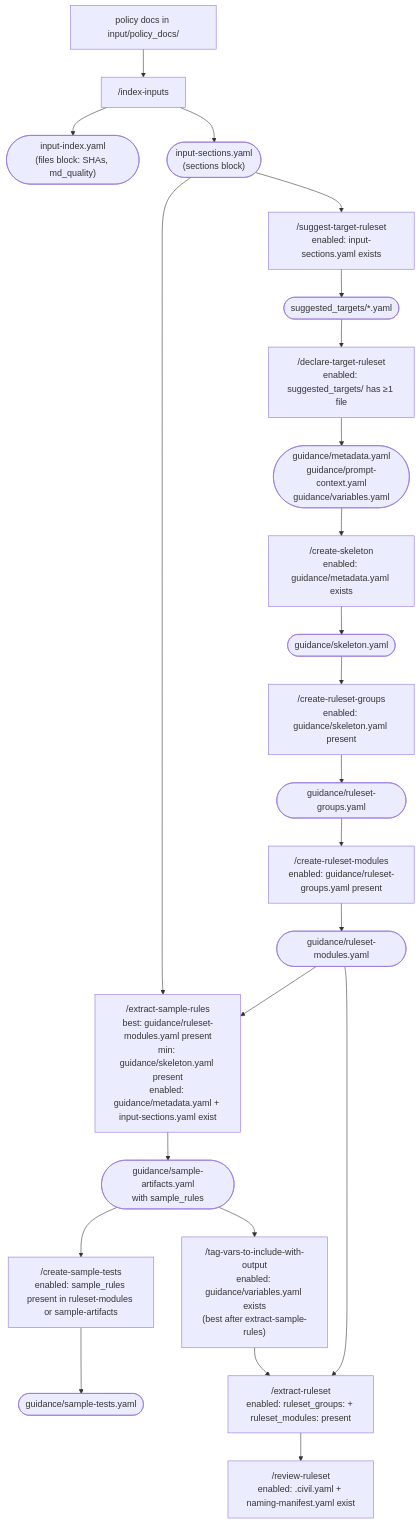
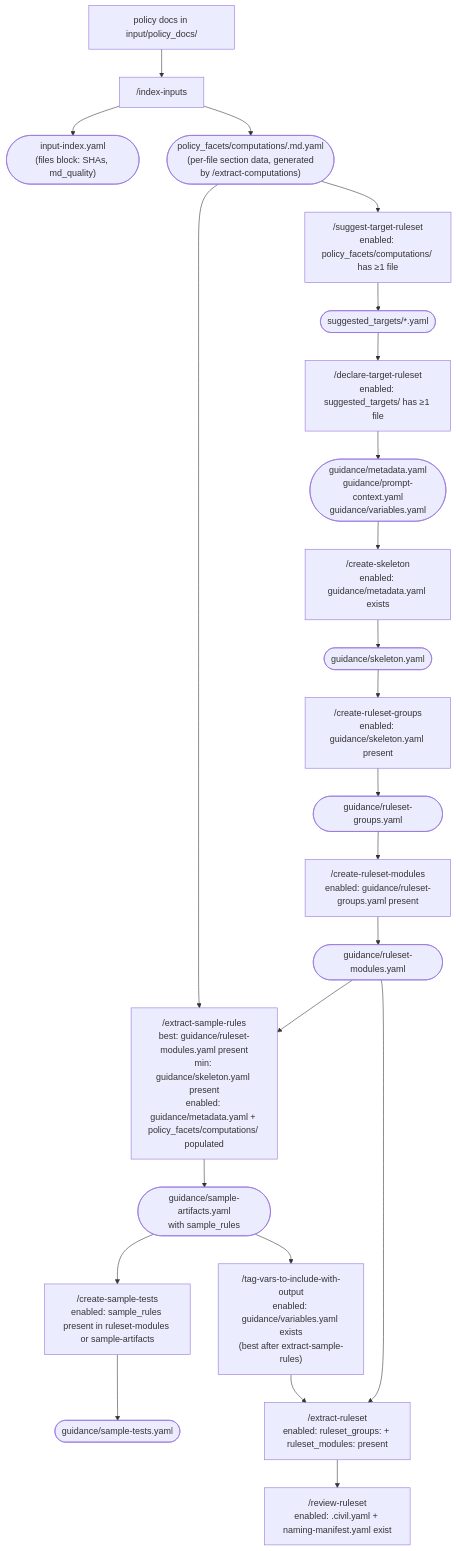
Before and after one commit to navapbc/lockpicks-xlator-plugin: the diagram in xl-plugin/CLAUDE.md, drawn with Mermaid. The commit also changed other lines of this file and 17 other files, not shown here.

Commit message:
refactor: extract per-file content gen into /extract-computations skill (v3.0.0) (#22)

````diff
--- a/xl-plugin/CLAUDE.md
+++ b/xl-plugin/CLAUDE.md
@@ -82,44 +82,44 @@
 ```mermaid
 flowchart TD
     DOCS["policy docs in input/policy_docs/"]
     IDX_CMD["/index-inputs"]
     IDX_META(["input-index.yaml\n(files block: SHAs, md_quality)"])
-    IDX_SECTS(["input-sections.yaml\n(sections block)"])
+    IDX_COMPS(["policy_facets/computations/<rel>.md.yaml\n(per-file section data, generated\nby /extract-computations)"])
 
     DOCS --> IDX_CMD --> IDX_META
-    IDX_CMD --> IDX_SECTS
+    IDX_CMD --> IDX_COMPS
 
-    SUG["/suggest-target-ruleset\nenabled: input-sections.yaml exists"]
+    SUG["/suggest-target-ruleset\nenabled: policy_facets/computations/ has ≥1 file"]
     SUG_F(["suggested_targets/*.yaml"])
     DECL["/declare-target-ruleset\nenabled: suggested_targets/ has ≥1 file"]
     GY(["guidance/metadata.yaml\nguidance/prompt-context.yaml\nguidance/variables.yaml"])
 
-    IDX_SECTS --> SUG --> SUG_F --> DECL --> GY
+    IDX_COMPS --> SUG --> SUG_F --> DECL --> GY
 
     SKEL["/create-skeleton\nenabled: guidance/metadata.yaml exists"]
     GY_SKEL(["guidance/skeleton.yaml"])
     GROUPS["/create-ruleset-groups\nenabled: guidance/skeleton.yaml present"]
     GY_GROUPS(["guidance/ruleset-groups.yaml"])
     MODS["/create-ruleset-modules\nenabled: guidance/ruleset-groups.yaml present"]
 
     GY --> SKEL --> GY_SKEL --> GROUPS --> GY_GROUPS --> MODS
 
     GY_MODS(["guidance/ruleset-modules.yaml"])
-    SAMPLERULES["/extract-sample-rules\nbest: guidance/ruleset-modules.yaml present\nmin: guidance/skeleton.yaml present\nenabled: guidance/metadata.yaml + input-sections.yaml exist"]
+    SAMPLERULES["/extract-sample-rules\nbest: guidance/ruleset-modules.yaml present\nmin: guidance/skeleton.yaml present\nenabled: guidance/metadata.yaml + policy_facets/computations/ populated"]
     GY_RULES(["guidance/sample-artifacts.yaml\nwith sample_rules"])
     TAGVARS["/tag-vars-to-include-with-output\nenabled: guidance/variables.yaml exists\n(best after extract-sample-rules)"]
     SAMPLETESTS["/create-sample-tests\nenabled: sample_rules present in ruleset-modules or sample-artifacts"]
     GY_SAMPLETESTS(["guidance/sample-tests.yaml"])
 
     MODS --> GY_MODS --> SAMPLERULES
-    IDX_SECTS --> SAMPLERULES
+    IDX_COMPS --> SAMPLERULES
     SAMPLERULES --> GY_RULES --> TAGVARS
     GY_RULES --> SAMPLETESTS --> GY_SAMPLETESTS
 
     EXTRACT["/extract-ruleset\nenabled: ruleset_groups: + ruleset_modules: present"]
     REVIEW["/review-ruleset\nenabled: <program>.civil.yaml + naming-manifest.yaml exist"]
 
     GY_MODS --> EXTRACT
     TAGVARS --> EXTRACT
     EXTRACT --> REVIEW
 ```
````
